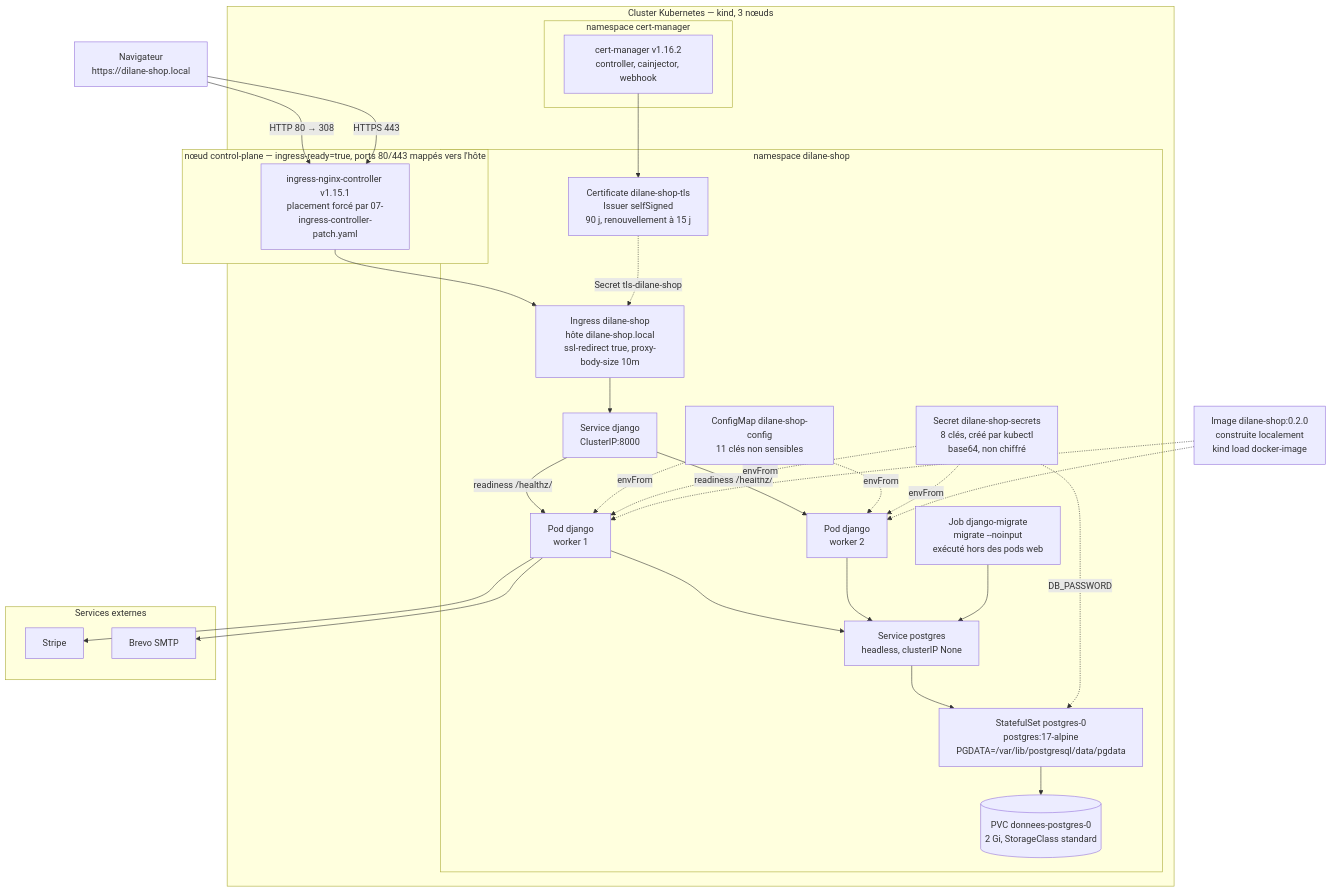
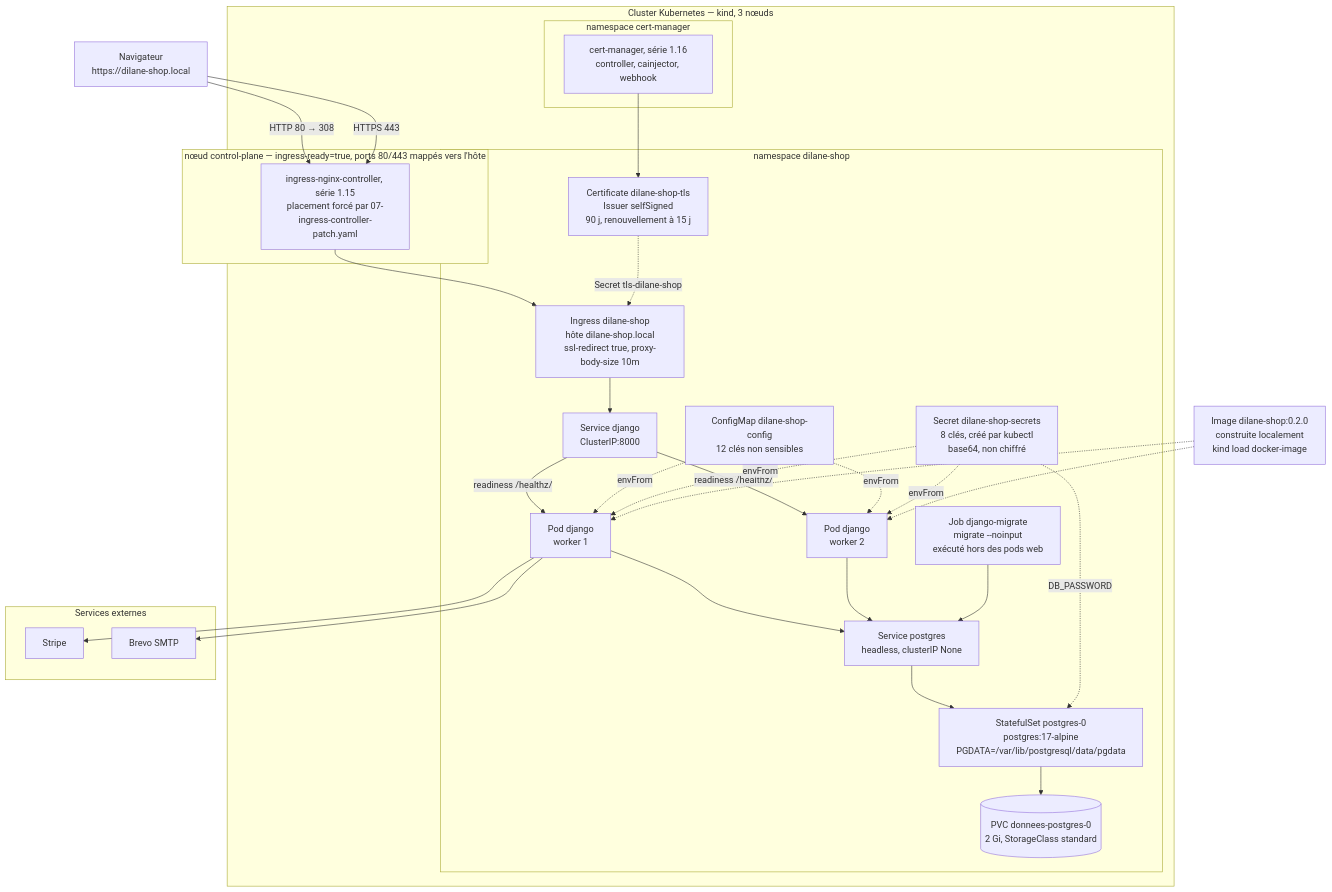
One commit to wankamdypuedilane/e-commerce changed the second of 4 diagrams in docs/ARCHITECTURE.md. Above: the diagram before and after it, drawn with Mermaid. The commit also changed other lines of this file and 9 other files, not shown here.

````diff
--- a/docs/ARCHITECTURE.md
+++ b/docs/ARCHITECTURE.md
@@ -199,56 +249,56 @@
 ```mermaid
 graph TB
     CLIENT["Navigateur<br/>https://dilane-shop.local"]
 
     subgraph CLUSTER["Cluster Kubernetes — kind, 3 nœuds"]
         subgraph CP["nœud control-plane — ingress-ready=true, ports 80/443 mappés vers l'hôte"]
-            ING["ingress-nginx-controller v1.15.1<br/>placement forcé par 07-ingress-controller-patch.yaml"]
+            ING["ingress-nginx-controller, série 1.15<br/>placement forcé par 07-ingress-controller-patch.yaml"]
         end
 
         subgraph NSCM["namespace cert-manager"]
-            CM["cert-manager v1.16.2<br/>controller, cainjector, webhook"]
+            CM["cert-manager, série 1.16<br/>controller, cainjector, webhook"]
         end
 
         subgraph NS["namespace dilane-shop"]
             INGR["Ingress dilane-shop<br/>hôte dilane-shop.local<br/>ssl-redirect true, proxy-body-size 10m"]
             SVCD["Service django<br/>ClusterIP:8000"]
             POD1["Pod django<br/>worker 1"]
             POD2["Pod django<br/>worker 2"]
             JOB["Job django-migrate<br/>migrate --noinput<br/>exécuté hors des pods web"]
             SVCP["Service postgres<br/>headless, clusterIP None"]
             PG["StatefulSet postgres-0<br/>postgres:17-alpine<br/>PGDATA=/var/lib/postgresql/data/pgdata"]
             PVC[("PVC donnees-postgres-0<br/>2 Gi, StorageClass standard")]
-            CFG["ConfigMap dilane-shop-config<br/>11 clés non sensibles"]
+            CFG["ConfigMap dilane-shop-config<br/>12 clés non sensibles"]
             SEC["Secret dilane-shop-secrets<br/>8 clés, créé par kubectl<br/>base64, non chiffré"]
             TLS["Certificate dilane-shop-tls<br/>Issuer selfSigned<br/>90 j, renouvellement à 15 j"]
         end
     end
 
     subgraph EXT["Services externes"]
         STRIPE["Stripe"]
         BREVO["Brevo SMTP"]
     end
 
     IMG["Image dilane-shop:0.2.0<br/>construite localement<br/>kind load docker-image"]
 
     CLIENT -->|"HTTP 80 → 308"| ING
     CLIENT -->|HTTPS 443| ING
     ING --> INGR --> SVCD
     SVCD -->|readiness /healthz/| POD1
     SVCD -->|readiness /healthz/| POD2
     POD1 --> SVCP
     POD2 --> SVCP
     SVCP --> PG --> PVC
     JOB --> SVCP
     CFG -.->|envFrom| POD1
     SEC -.->|envFrom| POD1
     CFG -.->|envFrom| POD2
     SEC -.->|envFrom| POD2
     SEC -.->|DB_PASSWORD| PG
     CM --> TLS
     TLS -.->|Secret tls-dilane-shop| INGR
     IMG -.-> POD1
     IMG -.-> POD2
     POD1 --> STRIPE
     POD1 --> BREVO
 ```
````
